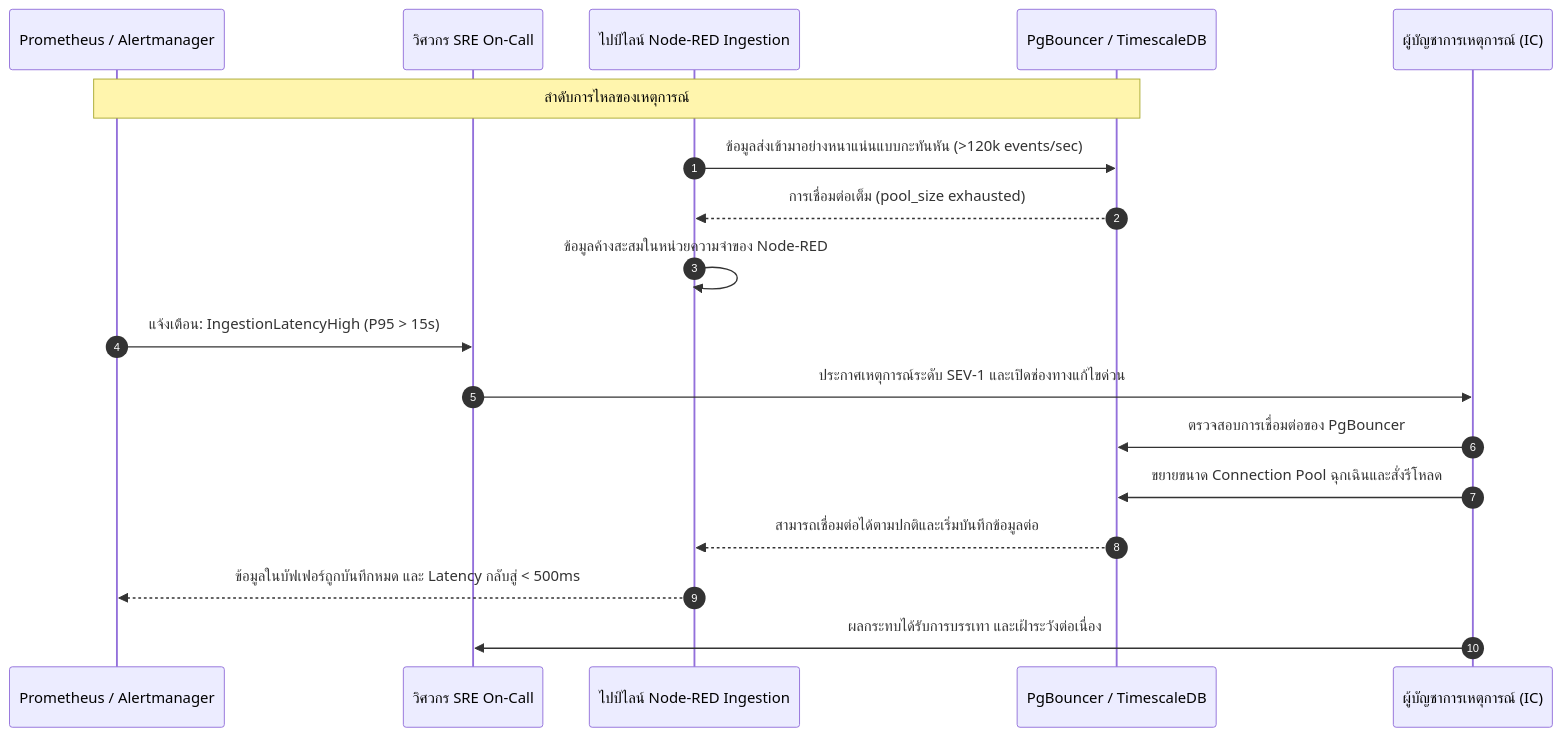
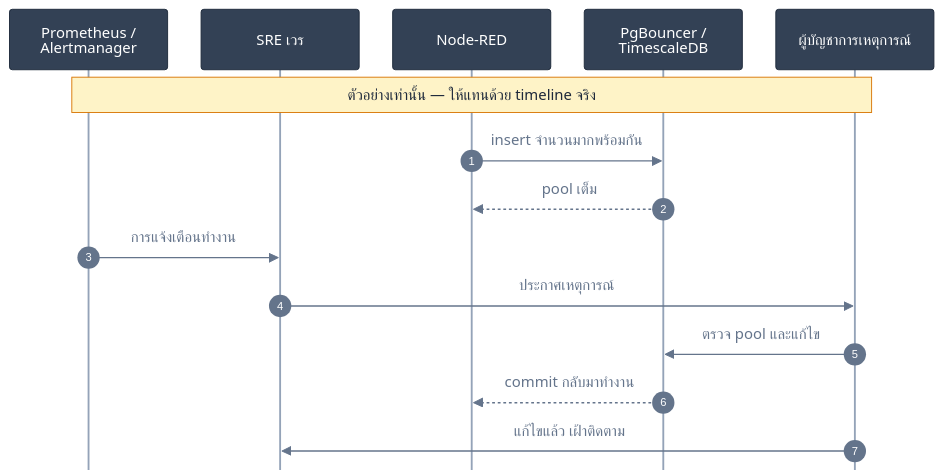
The first of 2 diagrams in th/docs/sre/postmortems/TEMPLATE.md (PATTANAKORN025/IMS), drawn with Mermaid before and after one commit. The commit also changed other lines of this file and 84 other files, not shown here.

First line of the commit message:
docs(diagrams): one verified, accessible standard for every Mermaid diagram

````diff
--- a/th/docs/sre/postmortems/TEMPLATE.md
+++ b/th/docs/sre/postmortems/TEMPLATE.md
@@ -76,21 +76,20 @@
 ```mermaid
+%%{init: {"flowchart": {"nodeSpacing": 20, "rankSpacing": 32, "padding": 10, "wrappingWidth": 150, "curve": "basis"}, "sequence": {"wrap": true, "width": 170, "actorMargin": 36, "boxMargin": 8, "noteMargin": 8, "messageMargin": 30, "mirrorActors": false}, "state": {"padding": 6}, "theme": "base", "themeVariables": {"fontFamily": "Inter, Segoe UI, Helvetica, Arial, sans-serif", "fontSize": "14px", "primaryColor": "#334155", "primaryTextColor": "#ffffff", "primaryBorderColor": "#1e293b", "lineColor": "#64748b", "textColor": "#64748b", "secondaryColor": "#475569", "tertiaryColor": "#f1f5f9", "clusterBkg": "transparent", "clusterBorder": "#94a3b8", "titleColor": "#64748b", "edgeLabelBackground": "#475569", "nodeTextColor": "#ffffff", "noteBkgColor": "#fef3c7", "noteTextColor": "#1e293b", "noteBorderColor": "#d97706", "actorBkg": "#334155", "actorTextColor": "#ffffff", "actorBorder": "#1e293b", "actorLineColor": "#94a3b8", "signalColor": "#64748b", "signalTextColor": "#64748b", "labelBoxBkgColor": "#334155", "labelBoxBorderColor": "#1e293b", "labelTextColor": "#ffffff", "loopTextColor": "#64748b", "activationBkgColor": "#e2e8f0", "sequenceNumberColor": "#ffffff", "stateLabelColor": "#ffffff", "compositeBackground": "transparent", "transitionColor": "#64748b", "transitionLabelColor": "#64748b"}}}%%
 sequenceDiagram
+  accTitle: ตัวอย่าง timeline ของเหตุการณ์ (ให้แทนด้วยของจริง)
+  accDescr: timeline ตัวอย่างของเหตุการณ์ connection pool เต็ม: ตรวจพบจากการแจ้งเตือน ประกาศเหตุการณ์ แก้ไข และกู้คืน
   autonumber
   participant Mon as Prometheus / Alertmanager
-  participant OnCall as วิศวกร SRE On-Call
-  participant Pipe as ไปป์ไลน์ Node-RED Ingestion
+  participant On as SRE เวร
+  participant Pipe as Node-RED
   participant DB as PgBouncer / TimescaleDB
-  participant IC as ผู้บัญชาการเหตุการณ์ (IC)
-
-  Note over Mon,DB: ลำดับการไหลของเหตุการณ์
-  Pipe->>DB: ข้อมูลส่งเข้ามาอย่างหนาแน่นแบบกะทันหัน (>120k events/sec)
-  DB-->>Pipe: การเชื่อมต่อเต็ม (pool_size exhausted)
-  Pipe->>Pipe: ข้อมูลค้างสะสมในหน่วยความจำของ Node-RED
-  Mon->>OnCall: แจ้งเตือน: IngestionLatencyHigh (P95 > 15s)
-  OnCall->>IC: ประกาศเหตุการณ์ระดับ SEV-1 และเปิดช่องทางแก้ไขด่วน
-  IC->>DB: ตรวจสอบการเชื่อมต่อของ PgBouncer
-  IC->>DB: ขยายขนาด Connection Pool ฉุกเฉินและสั่งรีโหลด
-  DB-->>Pipe: สามารถเชื่อมต่อได้ตามปกติและเริ่มบันทึกข้อมูลต่อ
-  Pipe-->>Mon: ข้อมูลในบัฟเฟอร์ถูกบันทึกหมด และ Latency กลับสู่ < 500ms
-  IC->>OnCall: ผลกระทบได้รับการบรรเทา และเฝ้าระวังต่อเนื่อง
+  participant IC as ผู้บัญชาการเหตุการณ์
+  Note over Mon,IC: ตัวอย่างเท่านั้น — ให้แทนด้วย timeline จริง
+  Pipe->>DB: insert จำนวนมากพร้อมกัน
+  DB-->>Pipe: pool เต็ม
+  Mon->>On: การแจ้งเตือนทำงาน
+  On->>IC: ประกาศเหตุการณ์
+  IC->>DB: ตรวจ pool และแก้ไข
+  DB-->>Pipe: commit กลับมาทำงาน
+  IC->>On: แก้ไขแล้ว เฝ้าติดตาม
 ```
````
